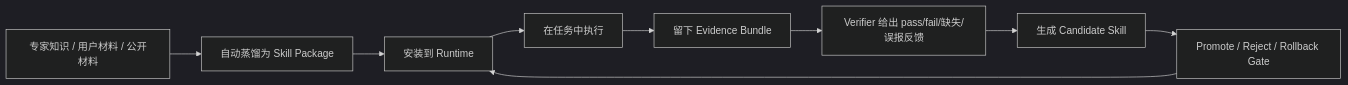
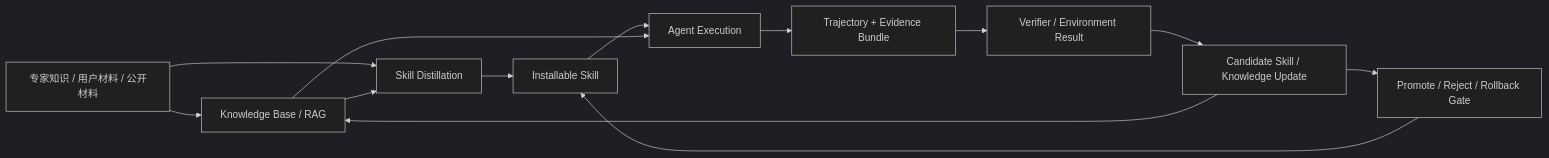
One commit to qqnnhhdmpc666/expert-skill-distillation-prototype changed the diagram in README.md. Above: the diagram before and after it, drawn with Mermaid (dark theme). The commit also changed other lines of this file and 4 other files, not shown here.

Commit message:
Update hybrid knowledge skill trajectory direction

````diff
--- a/README.md
+++ b/README.md
@@ -17,11 +19,15 @@
 ```mermaid
 flowchart LR
-    A["专家知识 / 用户材料 / 公开材料"] --> B["自动蒸馏为 Skill Package"]
-    B --> C["安装到 Runtime"]
-    C --> D["在任务中执行"]
-    D --> E["留下 Evidence Bundle"]
-    E --> F["Verifier 给出 pass/fail/缺失/误报反馈"]
-    F --> G["生成 Candidate Skill"]
-    G --> H["Promote / Reject / Rollback Gate"]
-    H --> C
+    A["专家知识 / 用户材料 / 公开材料"] --> B["Knowledge Base / RAG"]
+    A --> C["Skill Distillation"]
+    B --> C
+    C --> D["Installable Skill"]
+    D --> E["Agent Execution"]
+    B --> E
+    E --> F["Trajectory + Evidence Bundle"]
+    F --> G["Verifier / Environment Result"]
+    G --> H["Candidate Skill / Knowledge Update"]
+    H --> B
+    H --> I["Promote / Reject / Rollback Gate"]
+    I --> D
 ```
````
